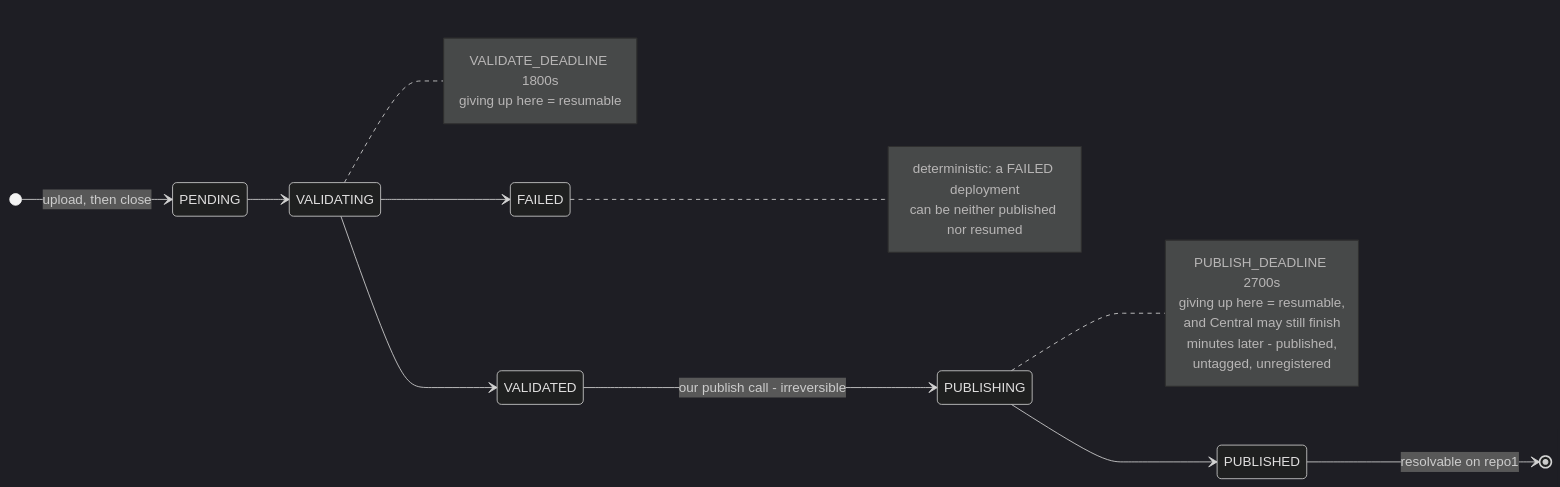
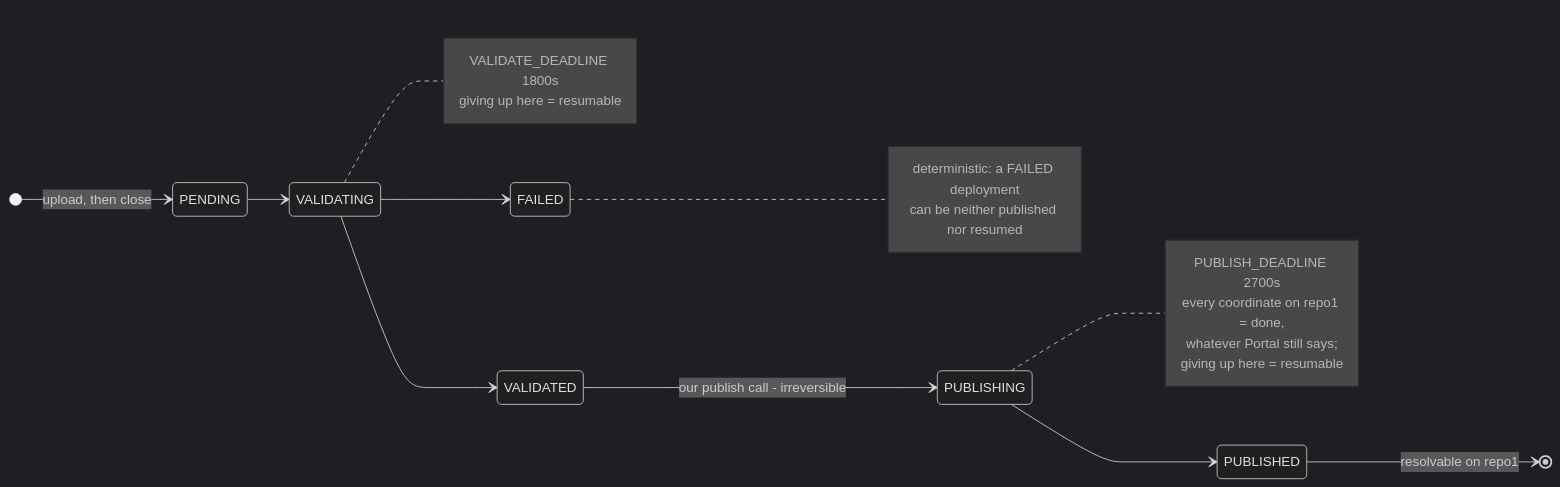
The fourth of 5 diagrams in docs/Octopus Release Pipeline.md (octopusden/octopus-base), drawn with Mermaid (dark theme) before and after one commit. The commit also changed other lines of this file and 5 other files, not shown here.

First line of the commit message:
fix(release): finish Portal publication when repo1 already serves the release; correct recovery hints

````diff
--- a/docs/Octopus Release Pipeline.md
+++ b/docs/Octopus Release Pipeline.md
@@ -387,27 +387,26 @@
 ```mermaid
 stateDiagram-v2
     direction LR
     [*] --> PENDING: upload, then close
     PENDING --> VALIDATING
     VALIDATING --> VALIDATED
     VALIDATING --> FAILED
     VALIDATED --> PUBLISHING: our publish call - irreversible
     PUBLISHING --> PUBLISHED
     PUBLISHED --> [*]: resolvable on repo1
 
     note right of VALIDATING
         VALIDATE_DEADLINE 1800s
         giving up here = resumable
     end note
     note right of PUBLISHING
         PUBLISH_DEADLINE 2700s
-        giving up here = resumable,
-        and Central may still finish
-        minutes later - published,
-        untagged, unregistered
+        every coordinate on repo1 = done,
+        whatever Portal still says;
+        giving up here = resumable
     end note
     note right of FAILED
         deterministic: a FAILED deployment
         can be neither published nor resumed
     end note
 ```
````
